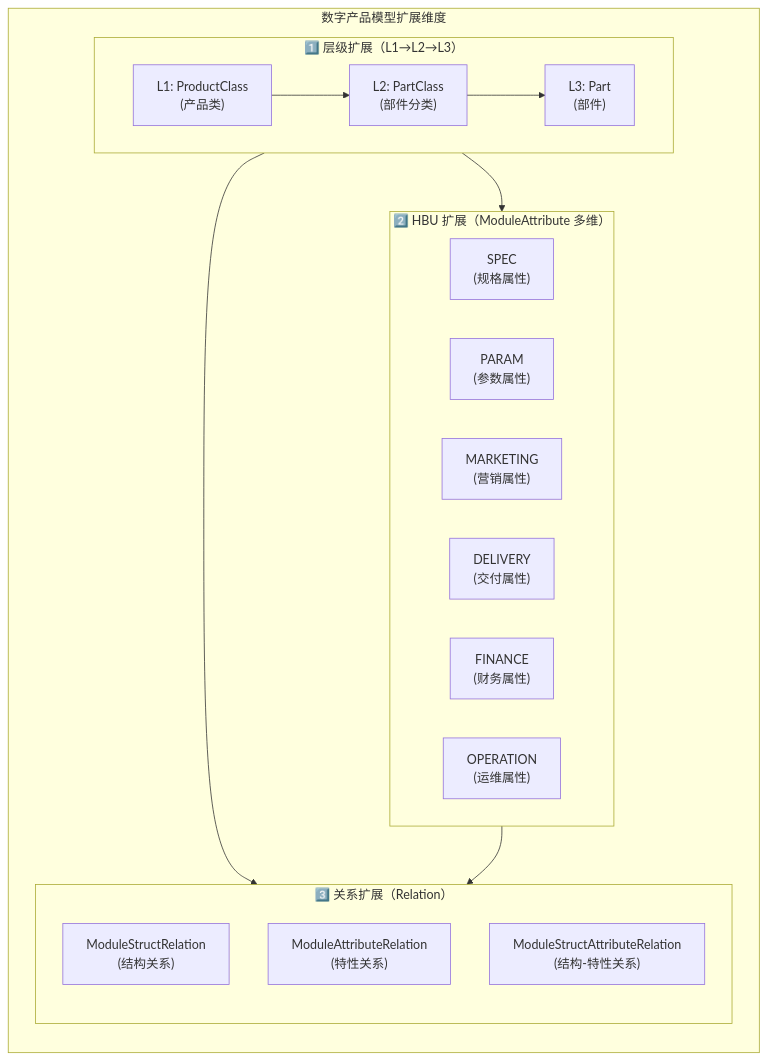
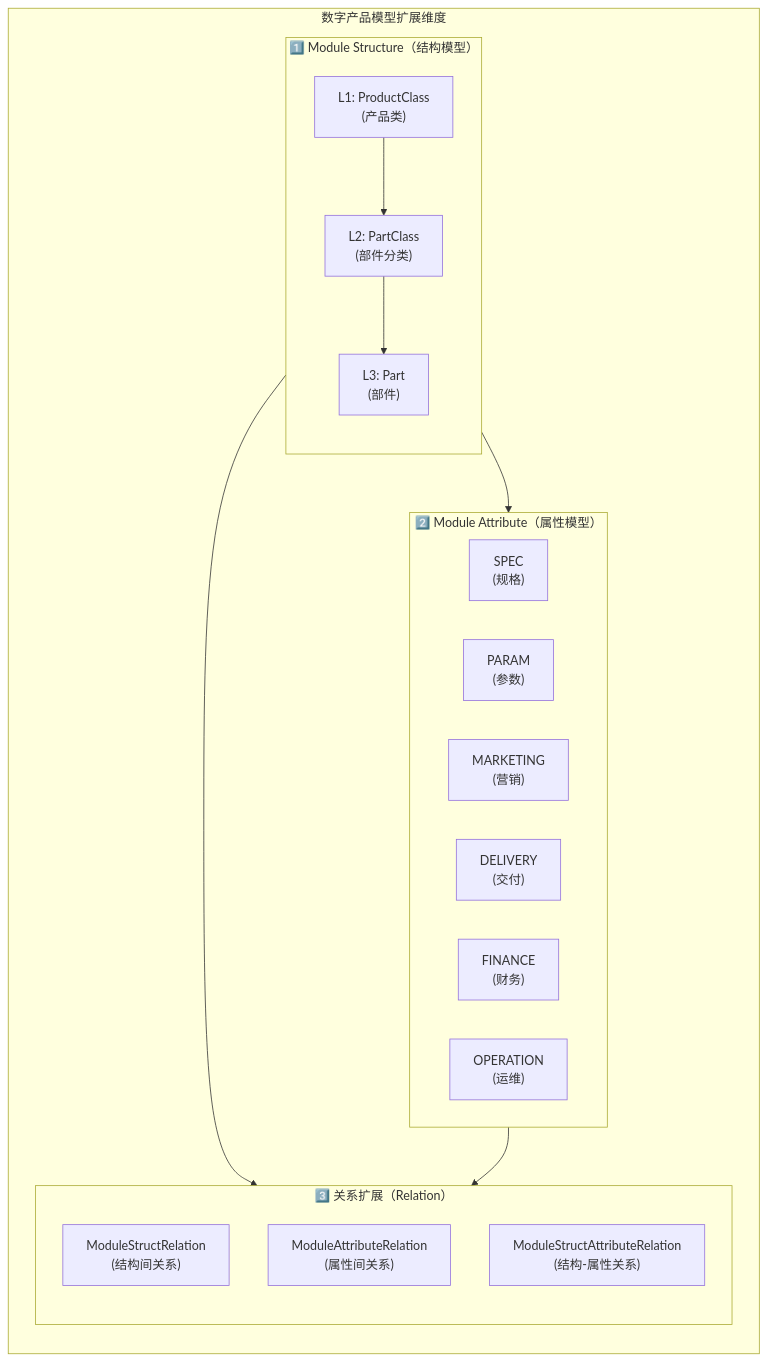
One commit to goflyboy/digitalproduct changed the first of 8 diagrams in docs/数字产品系统架构设计说明书.md. Above: the diagram before and after it, drawn with Mermaid. The commit also changed other lines of this file, not shown here.

````diff
--- a/docs/数字产品系统架构设计说明书.md
+++ b/docs/数字产品系统架构设计说明书.md
@@ -1392,35 +1451,36 @@
 ```mermaid
 flowchart TB
     subgraph Extended["数字产品模型扩展维度"]
         direction TB
 
-        subgraph Level["1️⃣ 层级扩展（L1→L2→L3）"]
-            L1["L1: ProductClass<br/>(产品类)"]
-            L2["L2: PartClass<br/>(部件分类)"]
-            L3["L3: Part<br/>(部件)"]
-            L1 --> L2
-            L2 --> L3
+        subgraph Structure["1️⃣ Module Structure（结构模型）"]
+            direction TB
+            S1["L1: ProductClass<br/>(产品类)"]
+            S2["L2: PartClass<br/>(部件分类)"]
+            S3["L3: Part<br/>(部件)"]
+            S1 --> S2
+            S2 --> S3
         end
 
-        subgraph HBU["2️⃣ HBU 扩展（ModuleAttribute 多维）"]
+        subgraph Attribute["2️⃣ Module Attribute（属性模型）"]
             direction LR
-            A1["SPEC<br/>(规格属性)"]
-            A2["PARAM<br/>(参数属性)"]
-            A3["MARKETING<br/>(营销属性)"]
-            A4["DELIVERY<br/>(交付属性)"]
-            A5["FINANCE<br/>(财务属性)"]
-            A6["OPERATION<br/>(运维属性)"]
+            A1["SPEC<br/>(规格)"]
+            A2["PARAM<br/>(参数)"]
+            A3["MARKETING<br/>(营销)"]
+            A4["DELIVERY<br/>(交付)"]
+            A5["FINANCE<br/>(财务)"]
+            A6["OPERATION<br/>(运维)"]
         end
 
         subgraph Rel["3️⃣ 关系扩展（Relation）"]
             direction TB
-            R1["ModuleStructRelation<br/>(结构关系)"]
-            R2["ModuleAttributeRelation<br/>(特性关系)"]
-            R3["ModuleStructAttributeRelation<br/>(结构-特性关系)"]
+            R1["ModuleStructRelation<br/>(结构间关系)"]
+            R2["ModuleAttributeRelation<br/>(属性间关系)"]
+            R3["ModuleStructAttributeRelation<br/>(结构-属性关系)"]
         end
     end
 
-    Level --> HBU
-    Level --> Rel
-    HBU --> Rel
+    Structure --> Attribute
+    Structure --> Rel
+    Attribute --> Rel
 ```
````
